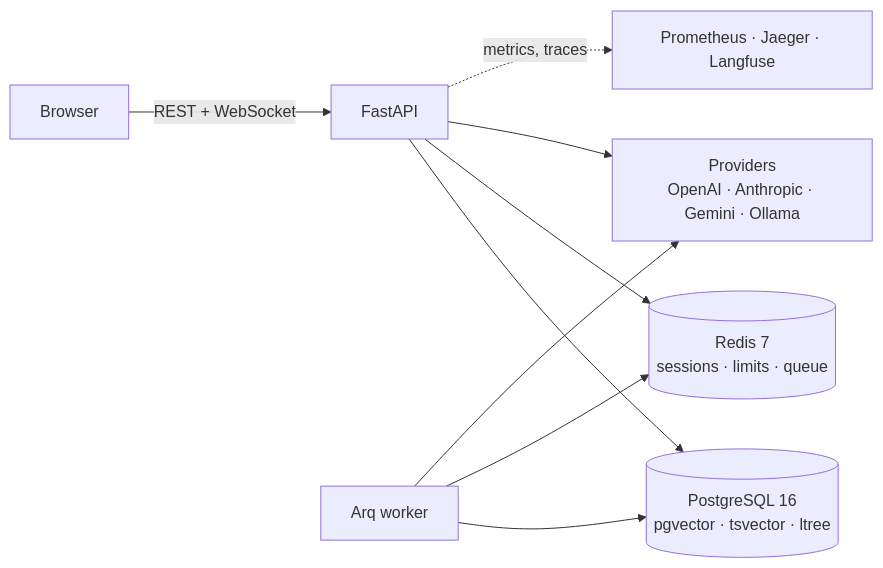
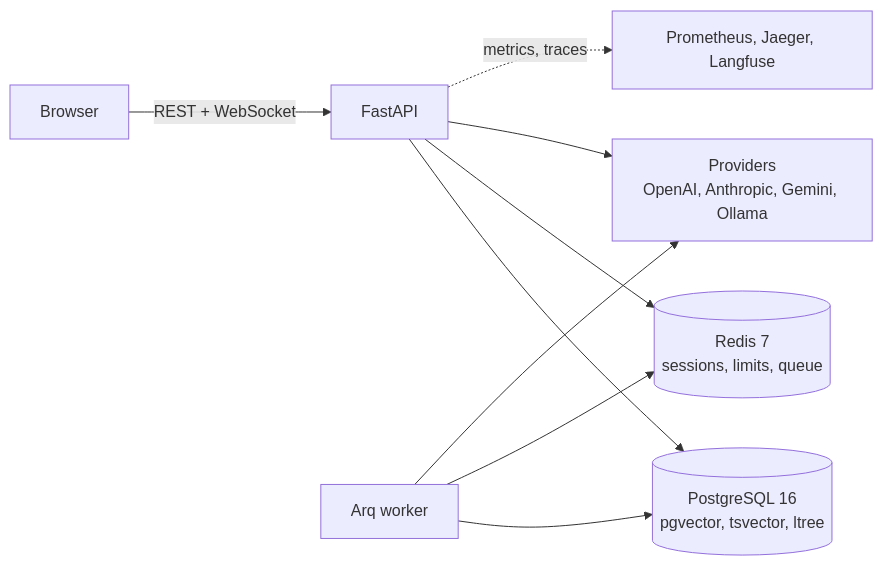
The diagram in README.md (zk2/zk2-rag-platform), drawn with Mermaid before and after one commit. The commit also changed other lines of this file and 1 other file, not shown here.

````diff
--- a/README.md
+++ b/README.md
@@ -32,11 +181,11 @@
 ```mermaid
 flowchart LR
   U[Browser] -->|REST + WebSocket| API[FastAPI]
-  API --> PG[(PostgreSQL 16<br/>pgvector · tsvector · ltree)]
-  API --> R[(Redis 7<br/>sessions · limits · queue)]
-  API --> P[Providers<br/>OpenAI · Anthropic · Gemini · Ollama]
+  API --> PG[(PostgreSQL 16<br/>pgvector, tsvector, ltree)]
+  API --> R[(Redis 7<br/>sessions, limits, queue)]
+  API --> P[Providers<br/>OpenAI, Anthropic, Gemini, Ollama]
   W[Arq worker] --> PG
   W --> R
   W --> P
-  API -.metrics, traces.-> O[Prometheus · Jaeger · Langfuse]
+  API -.metrics, traces.-> O[Prometheus, Jaeger, Langfuse]
 ```
````
